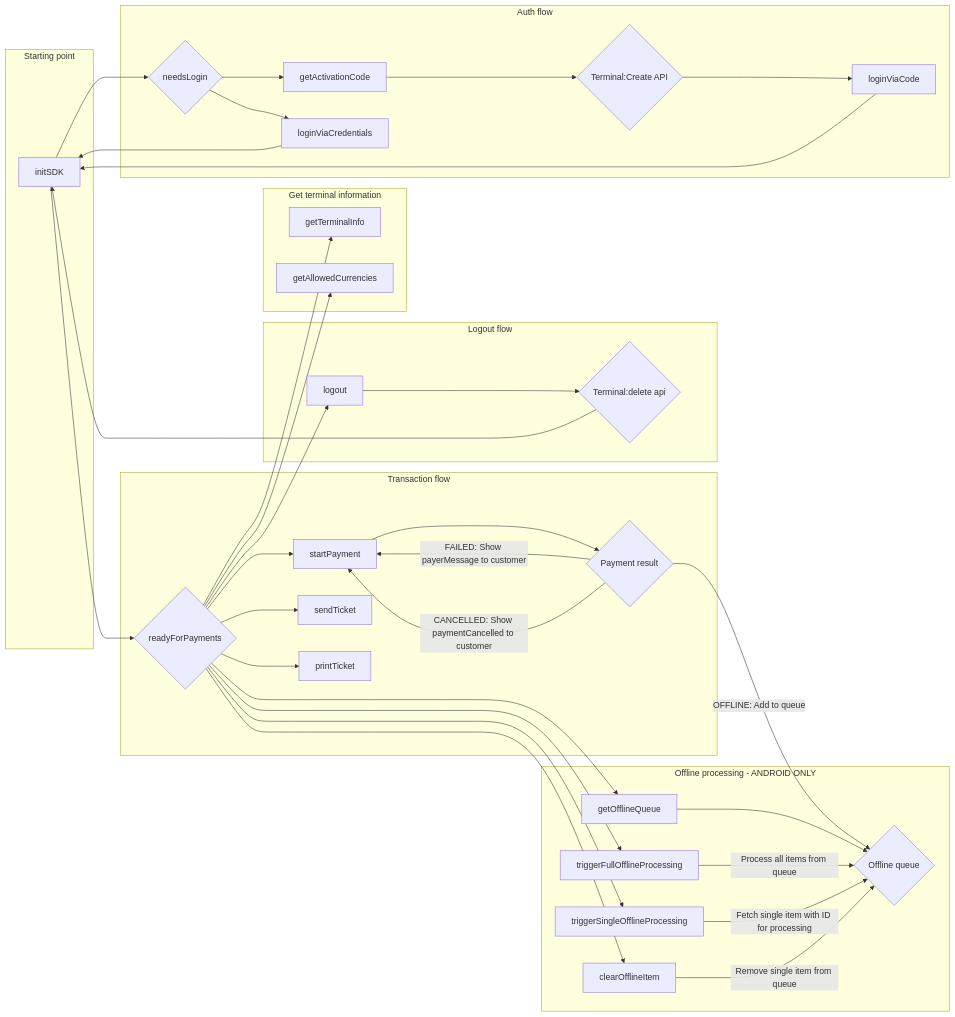
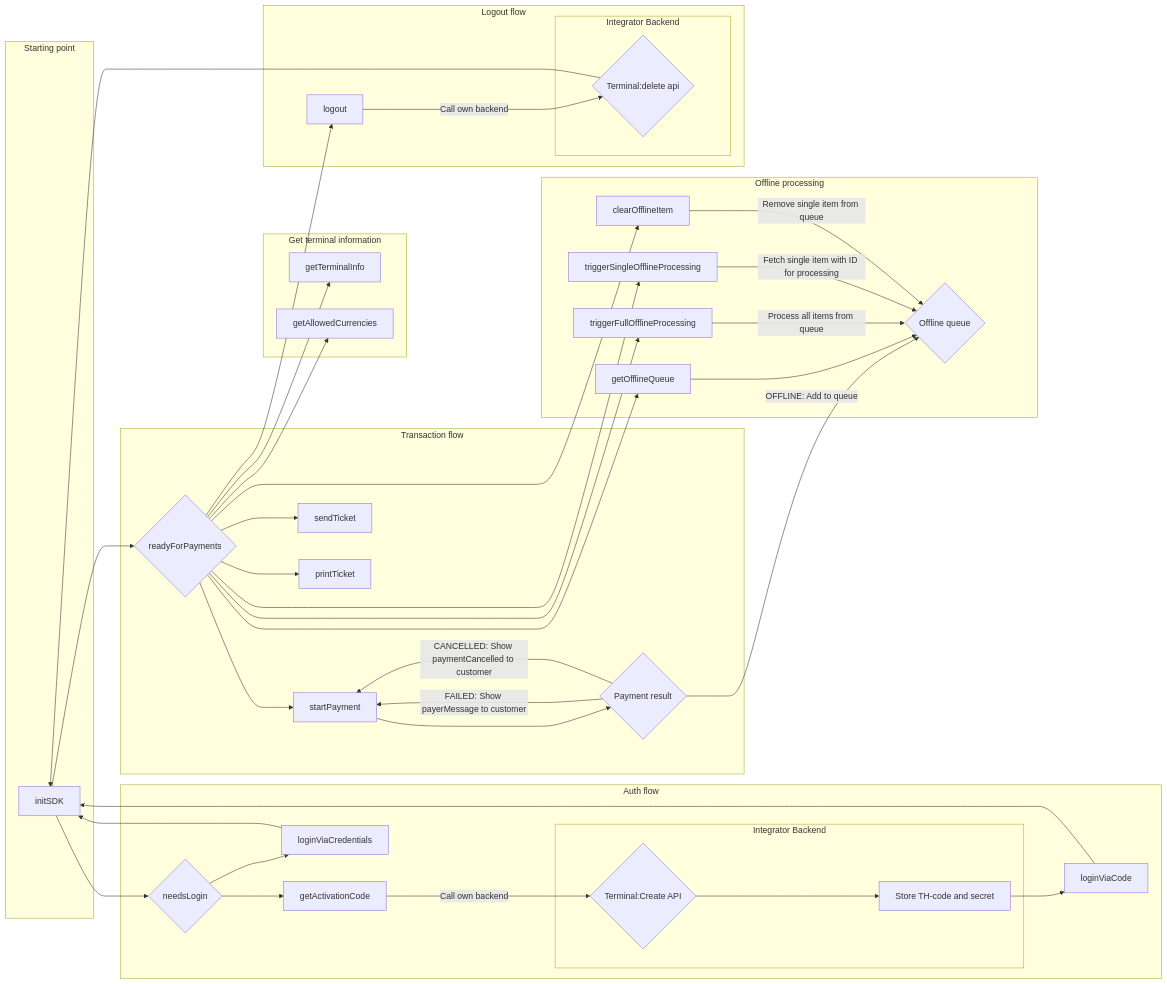
The diagram in docs/sdk-react-native.md (paynl/POS.SDK), drawn with Mermaid before and after one commit. The commit also changed 3 other files, not shown here.

````diff
--- a/docs/sdk-react-native.md
+++ b/docs/sdk-react-native.md
@@ -225,49 +225,54 @@
 ```mermaid
 flowchart LR;
   subgraph Starting point
   A[initSDK]
   end
-
+ 
+  subgraph Auth flow
+  A --> M{needsLogin}
+  M --> C[getActivationCode]
+  C --> |Call own backend| D{Terminal:Create API}
+  subgraph Integrator Backend
+        D --> D2[Store TH-code and secret]
+  end
+  D2 --> E[loginViaCode]
+  E --> A
+  M --> G[loginViaCredentials]
+  G --> A
+  end
+  
   subgraph Transaction flow
   A --> B{readyForPayments}
   B --> F[startPayment]
   F --> H{Payment result}
   B --> N[sendTicket]
   B --> T[printTicket]
   H --> |FAILED: Show payerMessage to customer| F
   H --> |CANCELLED: Show paymentCancelled to customer| F
   end
 
   subgraph Get terminal information
   B --> I[getTerminalInfo]
   B --> J[getAllowedCurrencies]
   end
 
-  subgraph Auth flow
-  A --> M{needsLogin}
-  M --> C[getActivationCode]
-  C --> D{Terminal:Create API}
-  D --> E[loginViaCode]
-  E --> A
-  M --> G[loginViaCredentials]
-  G --> A
-  end
-  
-  subgraph Logout flow
-  B --> K[logout]
-  K --> L{Terminal:delete api}
-  L --> A
-  end
-
-  subgraph Offline processing - ANDROID ONLY
+  subgraph Offline processing
   H -->|OFFLINE: Add to queue| O{Offline queue}
   B --> P[getOfflineQueue]
   P --> O
   B --> Q[triggerFullOfflineProcessing]
   Q -->|Process all items from queue| O
   B --> R[triggerSingleOfflineProcessing]
   R -->|Fetch single item with ID for processing| O
   B --> S[clearOfflineItem]
   S -->|Remove single item from queue| O
   end
+  
+  subgraph Logout flow
+  B --> K[logout]
+  K --> |Call own backend| L{Terminal:delete api}
+  subgraph Integrator Backend
+        L --> A
+  end
+  end
 ```
````
